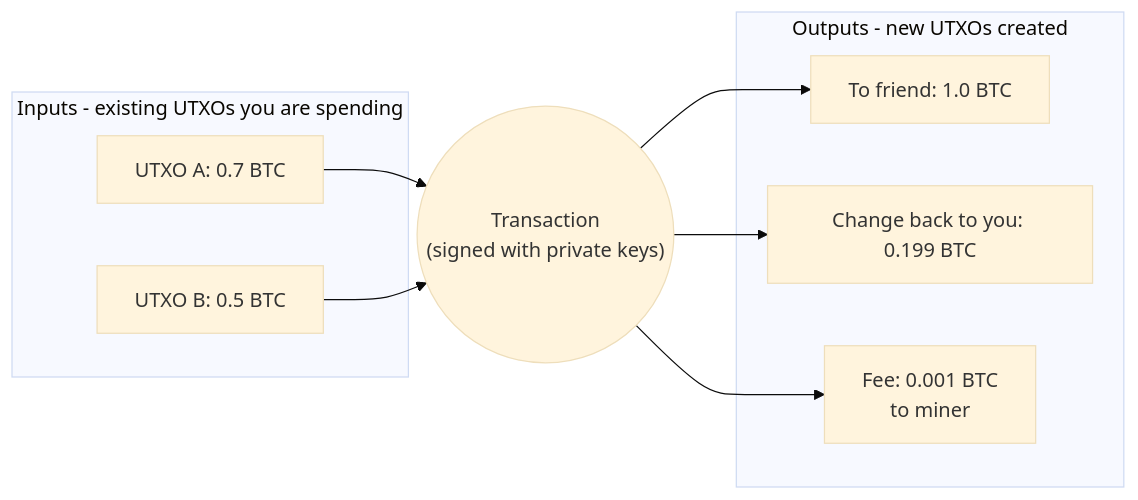
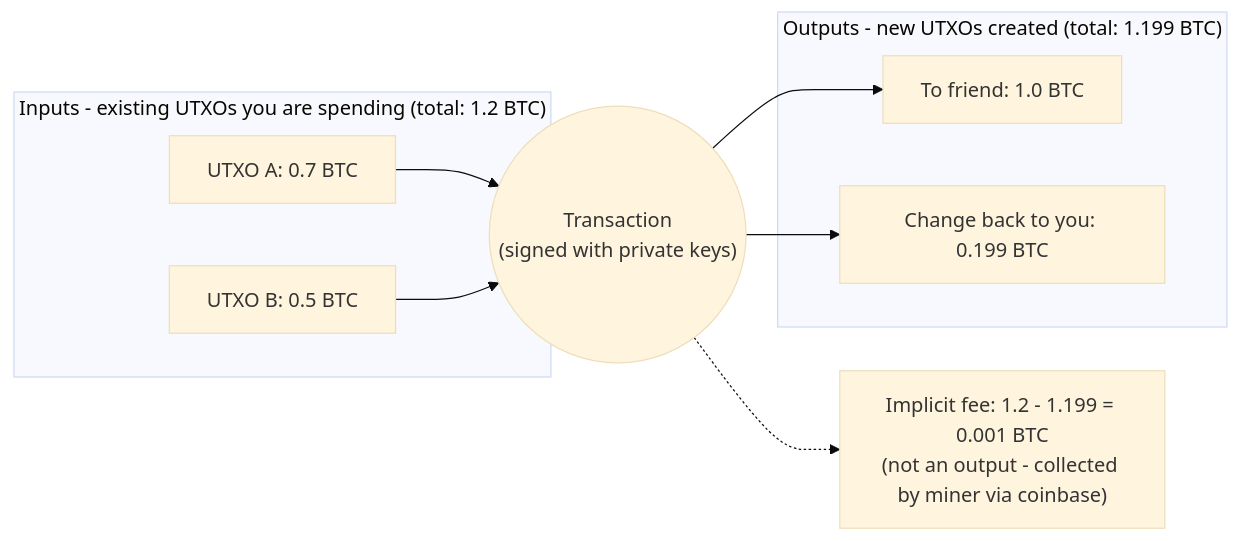
The second of 10 diagrams in src/data/entries/en/analysis/2026-05-23-how-bitcoin-works-visual-glossary.md (cypher256/BitcoinArchive), drawn with Mermaid (base theme) before and after one commit. The commit also changed other lines of this file and 3 other files, not shown here.

First line of the commit message:
Mermaid labels: split per-diagram-type wrap policy + subgraph titles to single line

````diff
--- a/src/data/entries/en/analysis/2026-05-23-how-bitcoin-works-visual-glossary.md
+++ b/src/data/entries/en/analysis/2026-05-23-how-bitcoin-works-visual-glossary.md
@@ -130,18 +130,18 @@
 ```mermaid
 flowchart LR
-  subgraph Inputs[Inputs - existing UTXOs you are spending]
+  subgraph Inputs["Inputs - existing UTXOs you are spending (total: 1.2 BTC)"]
     I1[UTXO A: 0.7 BTC]
     I2[UTXO B: 0.5 BTC]
   end
   TX(("Transaction<br/>(signed with private keys)"))
-  subgraph Outputs[Outputs - new UTXOs created]
+  subgraph Outputs["Outputs - new UTXOs created (total: 1.199 BTC)"]
     O1[To friend: 1.0 BTC]
     O2[Change back to you: 0.199 BTC]
-    F[Fee: 0.001 BTC<br/>to miner]
   end
+  FEE["Implicit fee: 1.2 - 1.199 = 0.001 BTC<br/>(not an output - collected by miner via coinbase)"]
   I1 --> TX
   I2 --> TX
   TX --> O1
   TX --> O2
-  TX --> F
+  TX -.-> FEE
 ```
````
